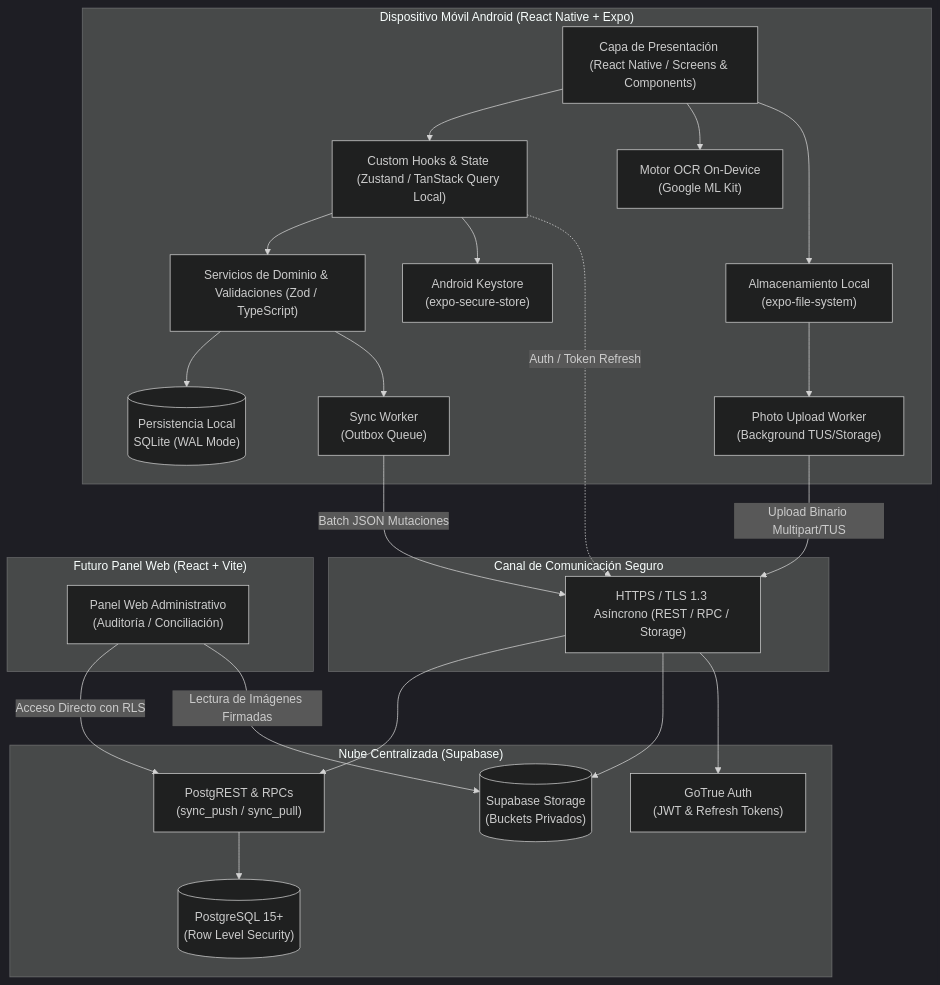
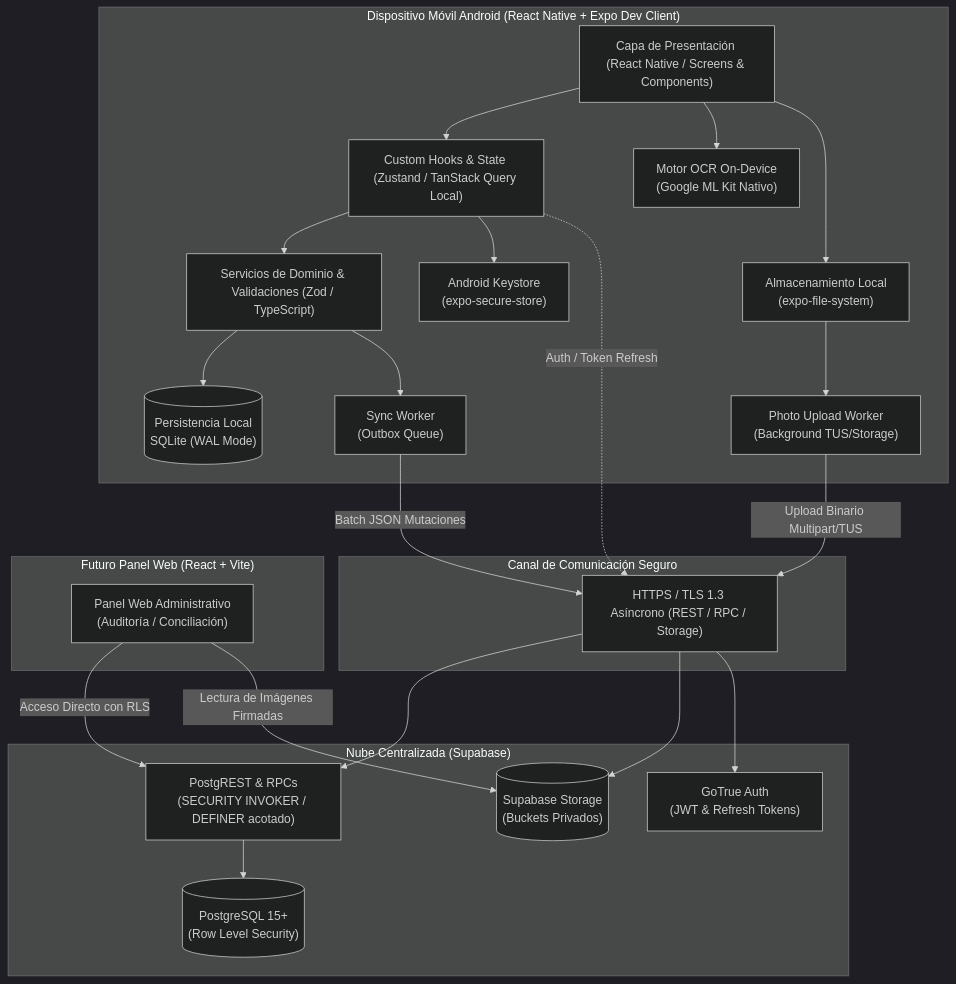
The first of 4 diagrams in docs/02-arquitectura/ARQUITECTURA.md (JMedina255/Proyecto_tienda), drawn with Mermaid (dark theme) before and after one commit. The commit also changed other lines of this file and 6 other files, not shown here.

````diff
--- a/docs/02-arquitectura/ARQUITECTURA.md
+++ b/docs/02-arquitectura/ARQUITECTURA.md
@@ -22,45 +23,45 @@
 ```mermaid
 flowchart TD
-    subgraph Client["Dispositivo Móvil Android (React Native + Expo)"]
+    subgraph Client["Dispositivo Móvil Android (React Native + Expo Dev Client)"]
         UI["Capa de Presentación (React Native / Screens & Components)"]
         Hooks["Custom Hooks & State (Zustand / TanStack Query Local)"]
         Domain["Servicios de Dominio & Validaciones (Zod / TypeScript)"]
         SQLite[("Persistencia Local\nSQLite (WAL Mode)")]
         OutboxWorker["Sync Worker\n(Outbox Queue)"]
         PhotoWorker["Photo Upload Worker\n(Background TUS/Storage)"]
-        MLKit["Motor OCR On-Device\n(Google ML Kit)"]
+        MLKit["Motor OCR On-Device\n(Google ML Kit Nativo)"]
         SecStore["Android Keystore\n(expo-secure-store)"]
         FS["Almacenamiento Local\n(expo-file-system)"]
 
         UI --> Hooks --> Domain
         Domain --> SQLite
         Domain --> OutboxWorker
         UI --> MLKit
         UI --> FS
         FS --> PhotoWorker
         Hooks --> SecStore
     end
 
     subgraph Network["Canal de Comunicación Seguro"]
         TLS["HTTPS / TLS 1.3 Asíncrono (REST / RPC / Storage)"]
     end
 
     subgraph Backend["Nube Centralizada (Supabase)"]
         GoTrue["GoTrue Auth\n(JWT & Refresh Tokens)"]
-        PostgREST["PostgREST & RPCs\n(sync_push / sync_pull)"]
+        PostgREST["PostgREST & RPCs\n(SECURITY INVOKER / DEFINER acotado)"]
         Postgres[("PostgreSQL 15+\n(Row Level Security)")]
         Storage[("Supabase Storage\n(Buckets Privados)")]
 
         PostgREST --> Postgres
     end
 
     subgraph FutureWeb["Futuro Panel Web (React + Vite)"]
         WebUI["Panel Web Administrativo\n(Auditoría / Conciliación)"]
     end
 
     OutboxWorker -->|Batch JSON Mutaciones| TLS --> PostgREST
     PhotoWorker -->|Upload Binario Multipart/TUS| TLS --> Storage
     Hooks -.->|Auth / Token Refresh| TLS --> GoTrue
     WebUI -->|Acceso Directo con RLS| PostgREST
     WebUI -->|Lectura de Imágenes Firmadas| Storage
 ```
````
